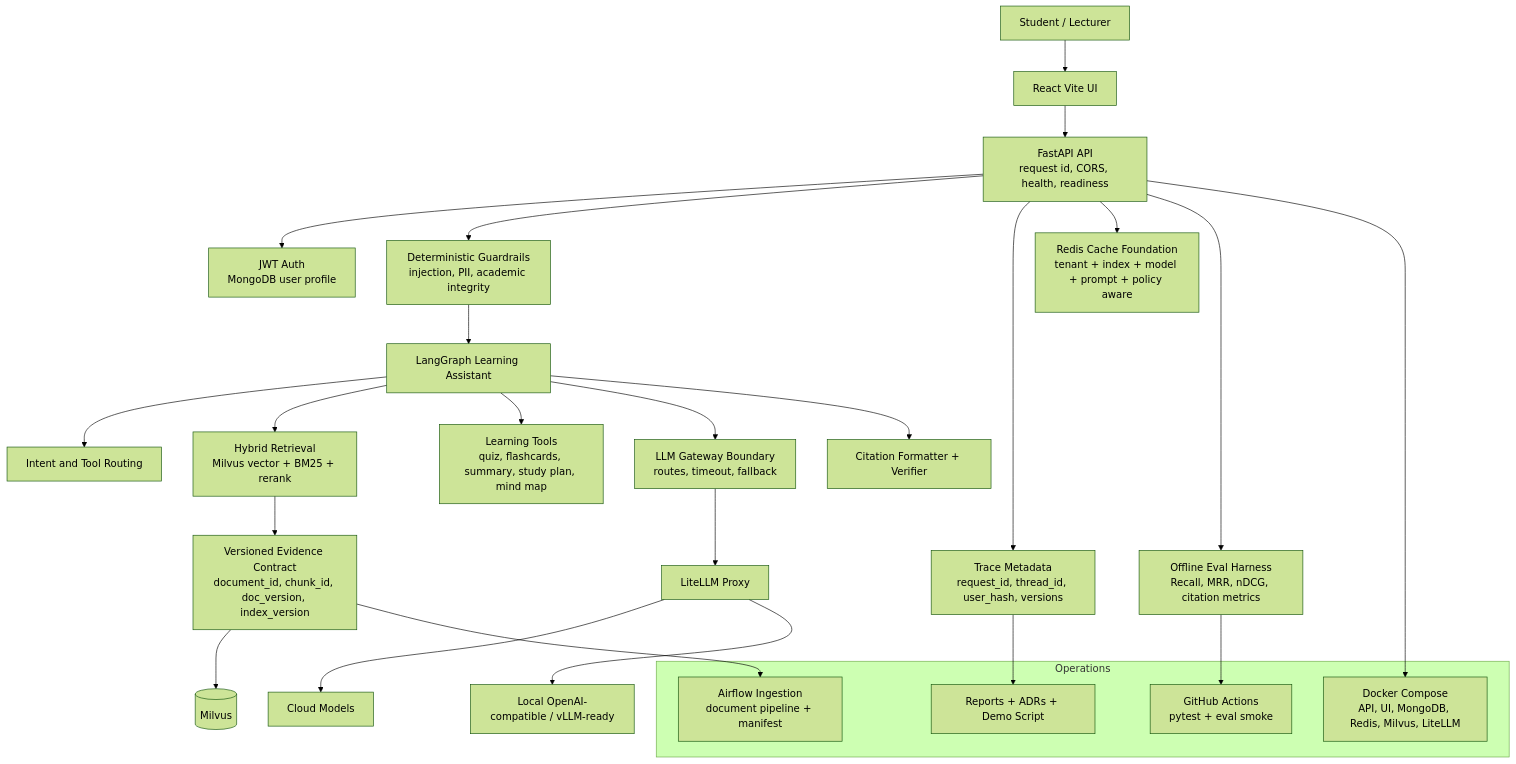
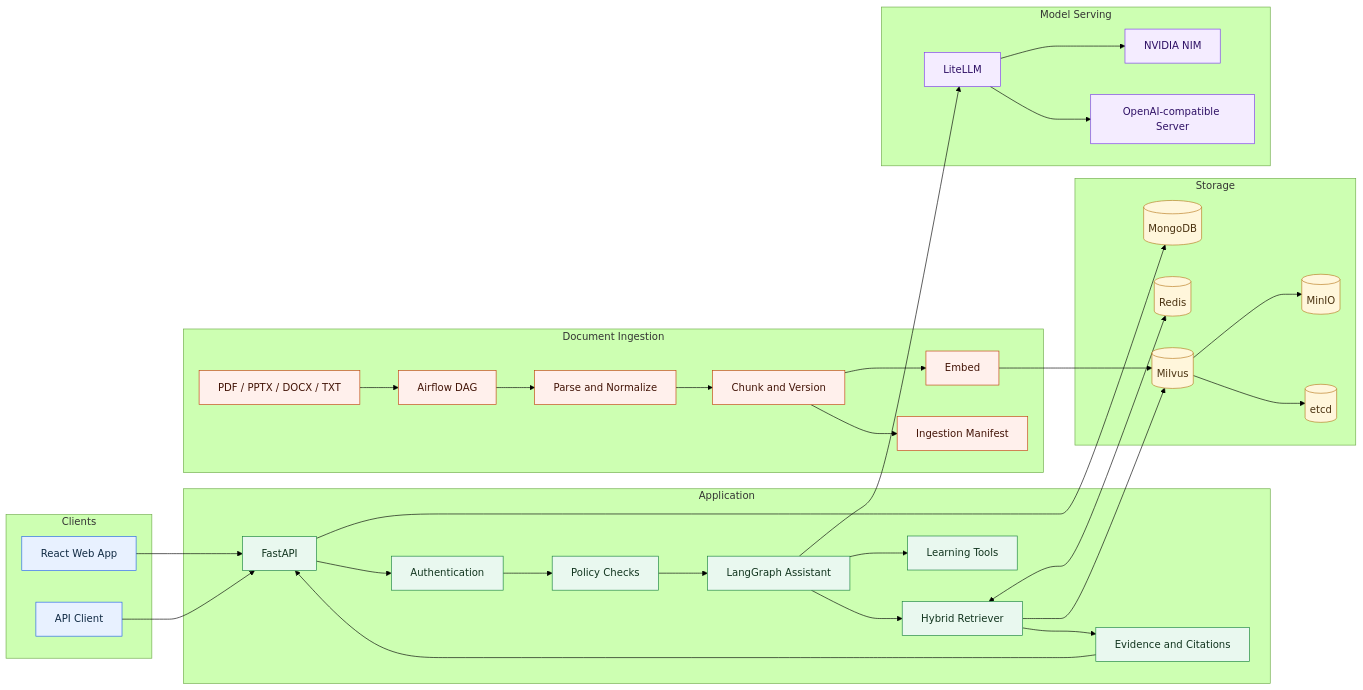
Before and after one commit to ductai07/EduMentor-AI: the diagram in README.md, drawn with Mermaid (forest theme). The commit also changed other lines of this file and 5 other files, not shown here.

````diff
--- a/README.md
+++ b/README.md
@@ -7,37 +30,73 @@
 ```mermaid
-flowchart TB
-    User["Student / Lecturer"] --> UI["React Vite UI"]
-    UI --> API["FastAPI API<br/>request id, CORS, health, readiness"]
-
-    API --> Auth["JWT Auth<br/>MongoDB user profile"]
-    API --> Policy["Deterministic Guardrails<br/>injection, PII, academic integrity"]
-    Policy --> Graph["LangGraph Learning Assistant"]
-
-    Graph --> Intent["Intent and Tool Routing"]
-    Graph --> Retrieve["Hybrid Retrieval<br/>Milvus vector + BM25 + rerank"]
-    Retrieve --> Evidence["Versioned Evidence Contract<br/>document_id, chunk_id, doc_version, index_version"]
-    Evidence --> Milvus[("Milvus")]
-
-    Graph --> Tools["Learning Tools<br/>quiz, flashcards, summary, study plan, mind map"]
-    Graph --> LLMClient["LLM Gateway Boundary<br/>routes, timeout, fallback"]
-    LLMClient --> LiteLLM["LiteLLM Proxy"]
-    LiteLLM --> Cloud["Cloud Models"]
-    LiteLLM --> Local["Local OpenAI-compatible / vLLM-ready"]
-
-    Graph --> Citations["Citation Formatter + Verifier"]
-    API --> Obs["Trace Metadata<br/>request_id, thread_id, user_hash, versions"]
-    API --> Cache["Redis Cache Foundation<br/>tenant + index + model + prompt + policy aware"]
-    API --> Eval["Offline Eval Harness<br/>Recall, MRR, nDCG, citation metrics"]
-
-    subgraph Ops["Operations"]
-        Airflow["Airflow Ingestion<br/>document pipeline + manifest"]
-        Compose["Docker Compose<br/>API, UI, MongoDB, Redis, Milvus, LiteLLM"]
-        CI["GitHub Actions<br/>pytest + eval smoke"]
-        Reports["Reports + ADRs + Demo Script"]
+flowchart LR
+    subgraph CLIENT["Clients"]
+        Browser["React Web App"]
+        External["API Client"]
     end
 
-    Evidence --> Airflow
-    API --> Compose
-    Eval --> CI
-    Obs --> Reports
+    subgraph APPLICATION["Application"]
+        API["FastAPI"]
+        Auth["Authentication"]
+        Policy["Policy Checks"]
+        Graph["LangGraph Assistant"]
+        Retriever["Hybrid Retriever"]
+        Tools["Learning Tools"]
+        Citations["Evidence and Citations"]
+
+        API --> Auth --> Policy --> Graph
+        Graph --> Retriever --> Citations
+        Graph --> Tools
+        Citations --> API
+    end
+
+    subgraph STORAGE["Storage"]
+        Mongo[("MongoDB")]
+        Redis[("Redis")]
+        Milvus[("Milvus")]
+        MinIO[("MinIO")]
+        Etcd[("etcd")]
+    end
+
+    subgraph MODELS["Model Serving"]
+        Gateway["LiteLLM"]
+        NVIDIA["NVIDIA NIM"]
+        Local["OpenAI-compatible Server"]
+
+        Gateway --> NVIDIA
+        Gateway --> Local
+    end
+
+    subgraph INGESTION["Document Ingestion"]
+        Files["PDF / PPTX / DOCX / TXT"]
+        Airflow["Airflow DAG"]
+        Parse["Parse and Normalize"]
+        Chunk["Chunk and Version"]
+        Embed["Embed"]
+        Manifest["Ingestion Manifest"]
+
+        Files --> Airflow --> Parse --> Chunk --> Embed
+        Chunk --> Manifest
+    end
+
+    Browser --> API
+    External --> API
+    API --> Mongo
+    Retriever <--> Redis
+    Retriever --> Milvus
+    Graph --> Gateway
+    Embed --> Milvus
+    Milvus --> MinIO
+    Milvus --> Etcd
+
+    classDef client fill:#e8f1ff,stroke:#2563eb,color:#102a43;
+    classDef app fill:#e9f8ef,stroke:#16803c,color:#12351f;
+    classDef storage fill:#fff6db,stroke:#b7791f,color:#4a3210;
+    classDef model fill:#f4ecff,stroke:#7c3aed,color:#2e1065;
+    classDef ingest fill:#fff0ec,stroke:#c2410c,color:#431407;
+
+    class Browser,External client;
+    class API,Auth,Policy,Graph,Retriever,Tools,Citations app;
+    class Mongo,Redis,Milvus,MinIO,Etcd storage;
+    class Gateway,NVIDIA,Local model;
+    class Files,Airflow,Parse,Chunk,Embed,Manifest ingest;
 ```
````
